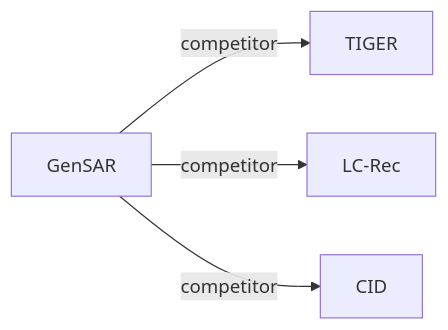
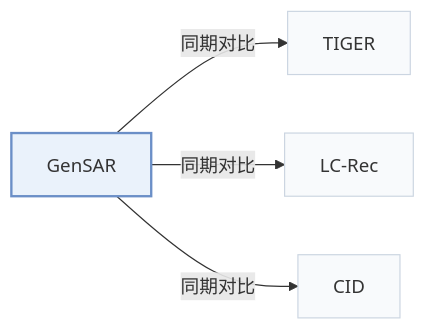
One commit to Galaxy-ghost/Awesome-SID-Generative-Rec changed the second of 2 diagrams in pages/zh/papers/gensar.md. Above: the diagram before and after it, drawn with Mermaid. The commit also changed other lines of this file and 649 other files, not shown here.

Commit message:
writer-05: also tags and modality index (schema, check, build, visuals); summary field removed; calibration data for 12 papers

````diff
--- a/pages/zh/papers/gensar.md
+++ b/pages/zh/papers/gensar.md
@@ -69,7 +74,11 @@
 ```mermaid
 flowchart LR
     P["GenSAR"]
-    P -->|competitor| A["TIGER"]
-    P -->|competitor| B["LC-Rec"]
-    P -->|competitor| C["CID"]
+    P -->|"同期对比"| A["TIGER"]
+    P -->|"同期对比"| B["LC-Rec"]
+    P -->|"同期对比"| C["CID"]
+    classDef main fill:#eaf2fb,stroke:#6b8fc7,stroke-width:2px
+    classDef peer fill:#f8fafc,stroke:#cbd5e1
+    class P main
+    class A,B,C peer
 ```
````
